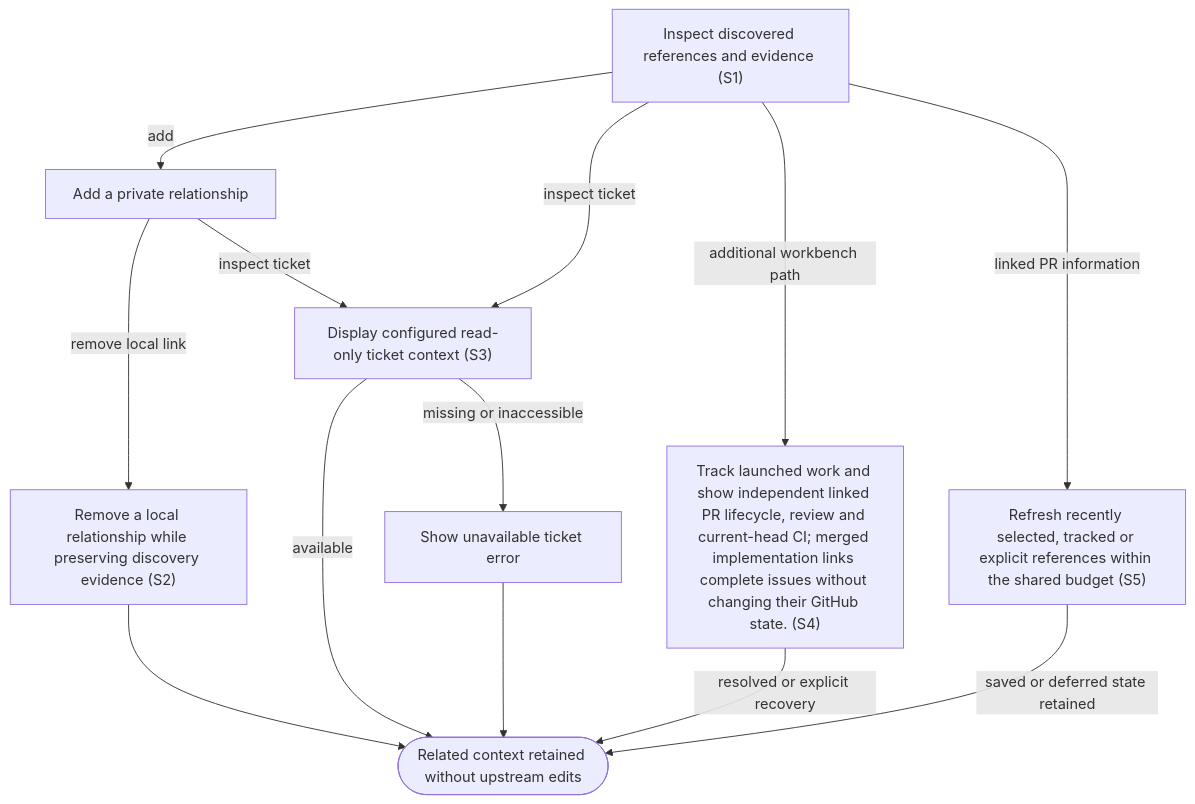
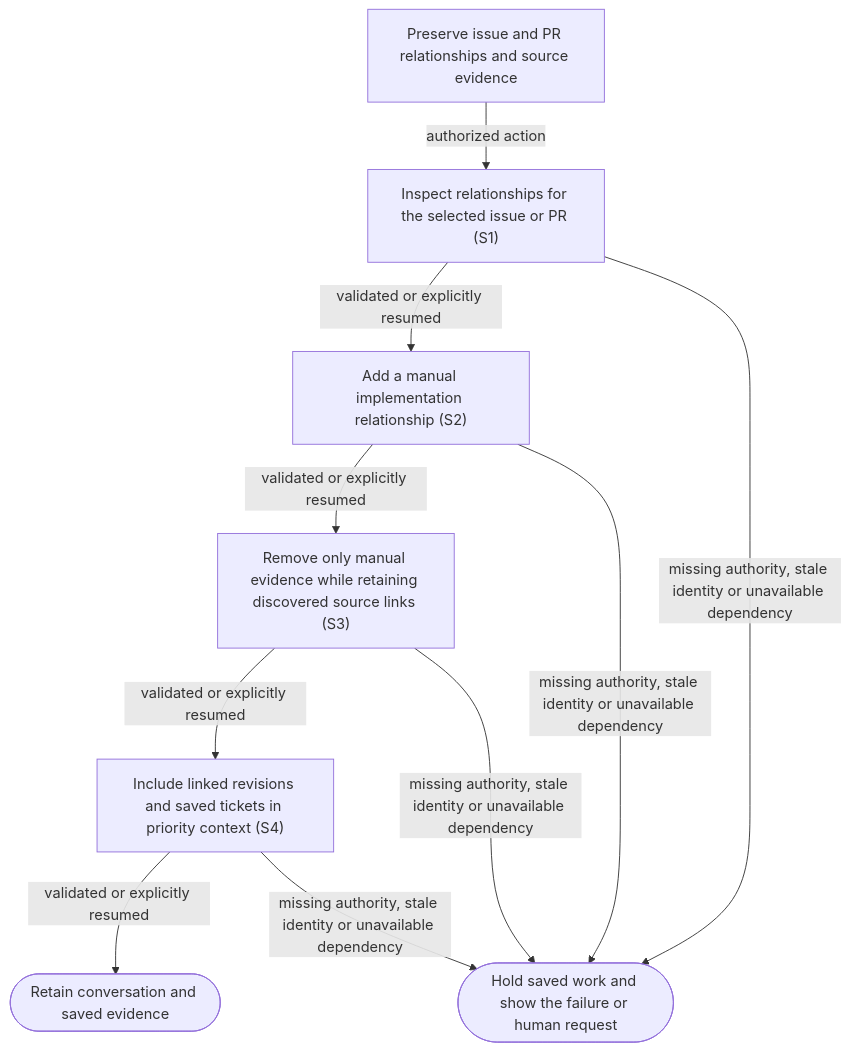
Before and after one commit to dk-code-factory/code-factory-plugin: the diagram in docs/user-flows/relate-items.md, drawn with Mermaid. The commit also changed other lines of this file and 283 other files, not shown here.

````diff
--- a/docs/user-flows/relate-items.md
+++ b/docs/user-flows/relate-items.md
@@ -40,23 +44,19 @@
 ```mermaid
 flowchart TD
-    N0["Inspect discovered references and evidence #40;S1#41;"]
-    N1["Add a private relationship"]
-    N2["Remove a local relationship while preserving discovery evidence #40;S2#41;"]
-    N3["Display configured read-only ticket context #40;S3#41;"]
-    N4["Show unavailable ticket error"]
-    N5(["Related context retained without upstream edits"])
-    N6["Track launched work and show independent linked PR lifecycle, review and current-head CI#59; merged implementation links complete issues without changing their GitHub state. #40;S4#41;"]
-    N7["Refresh recently selected, tracked or explicit references within the shared budget #40;S5#41;"]
-    N0 -->|"add"| N1
-    N0 -->|"inspect ticket"| N3
-    N1 -->|"remove local link"| N2
-    N1 -->|"inspect ticket"| N3
-    N2 --> N5
-    N3 -->|"available"| N5
-    N3 -->|"missing or inaccessible"| N4
-    N4 --> N5
-    N0 -->|"additional workbench path"| N6
-    N6 -->|"resolved or explicit recovery"| N5
-    N0 -->|"linked PR information"| N7
-    N7 -->|"saved or deferred state retained"| N5
+    N0["Preserve issue and PR relationships and source evidence"]
+    N1["Inspect relationships for the selected issue or PR #40;S1#41;"]
+    N2["Add a manual implementation relationship #40;S2#41;"]
+    N3["Remove only manual evidence while retaining discovered source links #40;S3#41;"]
+    N4["Include linked revisions and saved tickets in priority context #40;S4#41;"]
+    N5(["Hold saved work and show the failure or human request"])
+    N6(["Retain conversation and saved evidence"])
+    N0 -->|"authorized action"| N1
+    N1 -->|"validated or explicitly resumed"| N2
+    N1 -->|"missing authority, stale identity or unavailable dependency"| N5
+    N2 -->|"validated or explicitly resumed"| N3
+    N2 -->|"missing authority, stale identity or unavailable dependency"| N5
+    N3 -->|"validated or explicitly resumed"| N4
+    N3 -->|"missing authority, stale identity or unavailable dependency"| N5
+    N4 -->|"validated or explicitly resumed"| N6
+    N4 -->|"missing authority, stale identity or unavailable dependency"| N5
 ```
````
